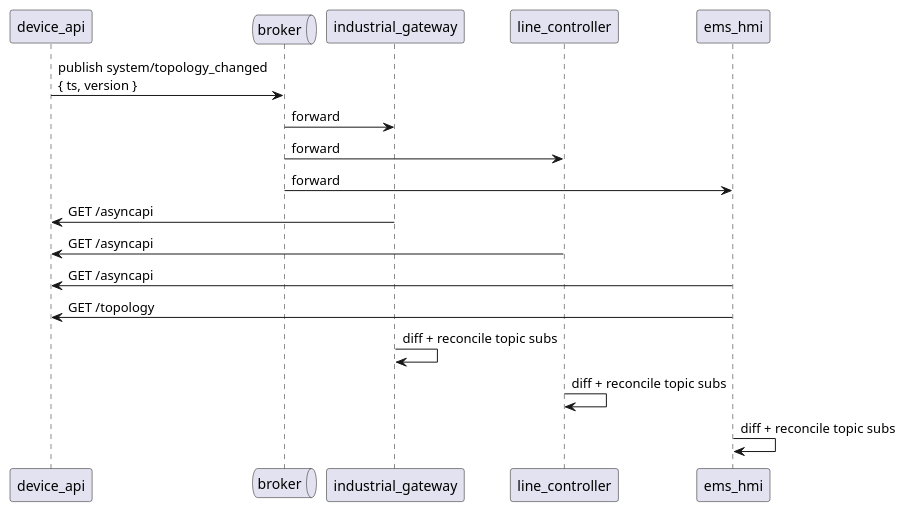
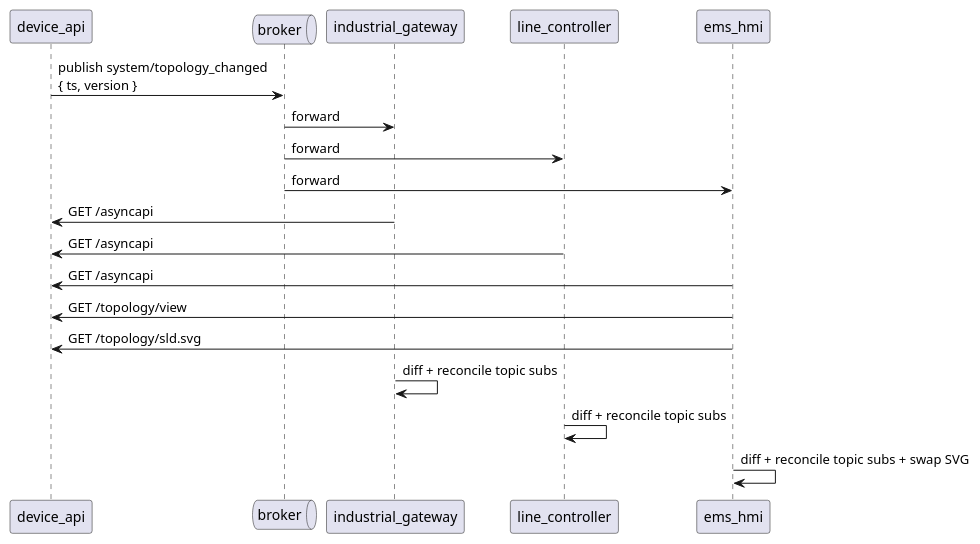
Before and after one commit to arcnode-io/ems-device-api: the fourth of 4 diagrams in readme.md, drawn with PlantUML. The commit also changed other lines of this file, not shown here.

Commit message:
📝 docs: rename ems-line-controller → dlr-utility-envelope in AsyncAPI consumer list

````diff
--- a/readme.md
+++ b/readme.md
@@ -87,19 +90,20 @@
 ```plantuml
 participant device_api
 queue broker
 participant industrial_gateway
 participant line_controller
 participant ems_hmi
 
 device_api -> broker: publish system/topology_changed\n{ ts, version }
 broker -> industrial_gateway: forward
 broker -> line_controller: forward
 broker -> ems_hmi: forward
 industrial_gateway -> device_api: GET /asyncapi
 line_controller -> device_api: GET /asyncapi
 ems_hmi -> device_api: GET /asyncapi
-ems_hmi -> device_api: GET /topology
+ems_hmi -> device_api: GET /topology/view
+ems_hmi -> device_api: GET /topology/sld.svg
 industrial_gateway -> industrial_gateway: diff + reconcile topic subs
 line_controller -> line_controller: diff + reconcile topic subs
-ems_hmi -> ems_hmi: diff + reconcile topic subs
+ems_hmi -> ems_hmi: diff + reconcile topic subs + swap SVG
 ```
````
